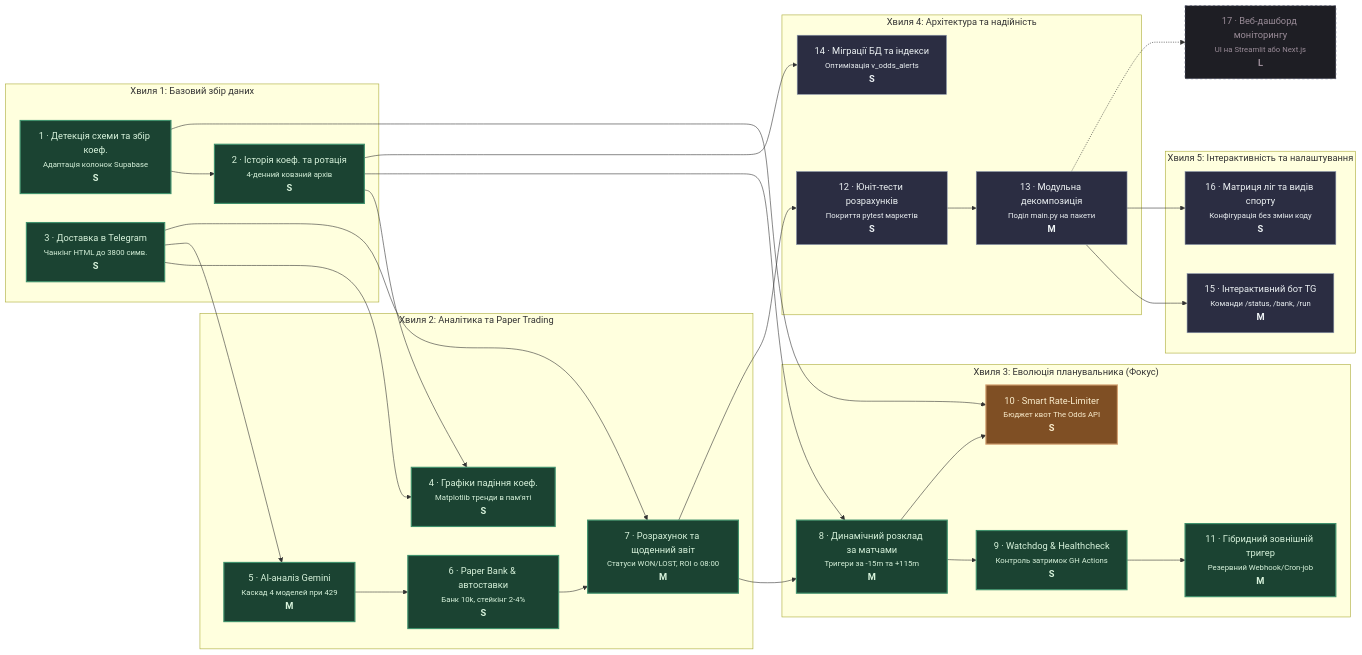
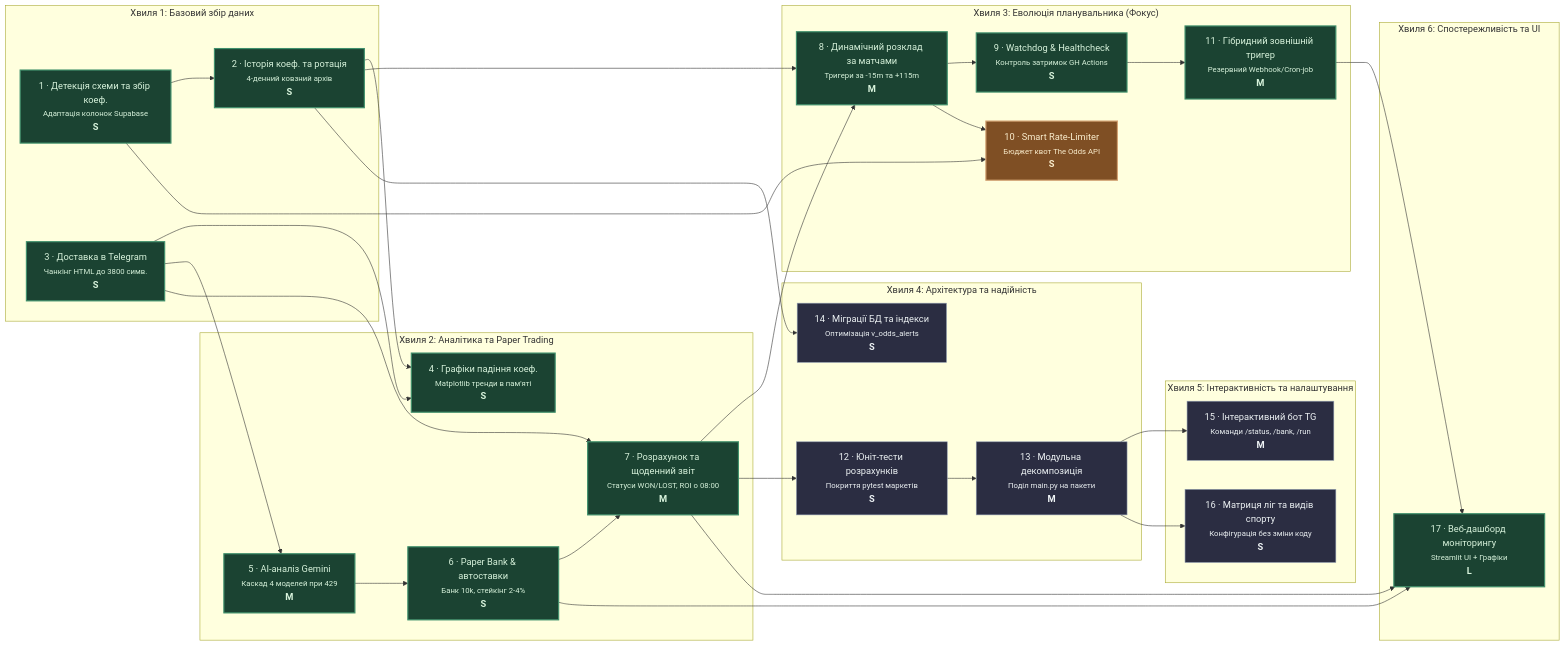
The diagram in docs/roadmap-diagram.md (vsymchak/StatMonitor), drawn with Mermaid before and after one commit. The commit also changed other lines of this file and 7 other files, not shown here.

````diff
--- a/docs/roadmap-diagram.md
+++ b/docs/roadmap-diagram.md
@@ -8,69 +8,73 @@
 ```mermaid
 flowchart LR
     classDef shipped fill:#1b4332,stroke:#40916c,color:#d8f3dc,stroke-width:2px;
     classDef in_progress fill:#7f4f24,stroke:#d4a373,color:#faedcd,stroke-width:2px;
     classDef idea fill:#2b2d42,stroke:#8d99ae,color:#edf2f4,stroke-width:1px;
     classDef fog fill:#1e1e24,stroke:#4a4e69,color:#9a8c98,stroke-width:1px,stroke-dasharray: 4 4;
 
     subgraph Wave1["Хвиля 1: Базовий збір даних"]
         1["1 · Детекція схеми та збір коеф.<br><small>Адаптація колонок Supabase</small><br><b>S</b>"]:::shipped
         2["2 · Історія коеф. та ротація<br><small>4-денний ковзний архів</small><br><b>S</b>"]:::shipped
         3["3 · Доставка в Telegram<br><small>Чанкінг HTML до 3800 симв.</small><br><b>S</b>"]:::shipped
     end
 
     subgraph Wave2["Хвиля 2: Аналітика та Paper Trading"]
         4["4 · Графіки падіння коеф.<br><small>Matplotlib тренди в пам'яті</small><br><b>S</b>"]:::shipped
         5["5 · AI-аналіз Gemini<br><small>Каскад 4 моделей при 429</small><br><b>M</b>"]:::shipped
         6["6 · Paper Bank & автоставки<br><small>Банк 10k, стейкінг 2-4%</small><br><b>S</b>"]:::shipped
         7["7 · Розрахунок та щоденний звіт<br><small>Статуси WON/LOST, ROI о 08:00</small><br><b>M</b>"]:::shipped
     end
 
     subgraph Wave3["Хвиля 3: Еволюція планувальника (Фокус)"]
         8["8 · Динамічний розклад за матчами<br><small>Тригери за -15m та +115m</small><br><b>M</b>"]:::shipped
         9["9 · Watchdog & Healthcheck<br><small>Контроль затримок GH Actions</small><br><b>S</b>"]:::shipped
         10["10 · Smart Rate-Limiter<br><small>Бюджет квот The Odds API</small><br><b>S</b>"]:::in_progress
         11["11 · Гібридний зовнішній тригер<br><small>Резервний Webhook/Cron-job</small><br><b>M</b>"]:::shipped
     end
 
     subgraph Wave4["Хвиля 4: Архітектура та надійність"]
         12["12 · Юніт-тести розрахунків<br><small>Покриття pytest маркетів</small><br><b>S</b>"]:::idea
         13["13 · Модульна декомпозиція<br><small>Поділ main.py на пакети</small><br><b>M</b>"]:::idea
         14["14 · Міграції БД та індекси<br><small>Оптимізація v_odds_alerts</small><br><b>S</b>"]:::idea
     end
 
     subgraph Wave5["Хвиля 5: Інтерактивність та налаштування"]
         15["15 · Інтерактивний бот TG<br><small>Команди /status, /bank, /run</small><br><b>M</b>"]:::idea
         16["16 · Матриця ліг та видів спорту<br><small>Конфігурація без зміни коду</small><br><b>S</b>"]:::idea
     end
 
-    17["17 · Веб-дашборд моніторингу<br><small>UI на Streamlit або Next.js</small><br><b>L</b>"]:::fog
+    subgraph Wave6["Хвиля 6: Спостережливість та UI"]
+        17["17 · Веб-дашборд моніторингу<br><small>Streamlit UI + Графіки</small><br><b>L</b>"]:::shipped
+    end
 
     %% Залежності Хвилі 1 і 2
     1 --> 2
     2 --> 4
     3 --> 4
     3 --> 5
     5 --> 6
     6 --> 7
     3 --> 7
 
     %% Залежності Хвилі 3 (Планувальник)
     2 --> 8
     7 --> 8
     8 --> 9
     1 --> 10
     8 --> 10
     9 --> 11
 
     %% Залежності Хвилі 4
     7 --> 12
     12 --> 13
     2 --> 14
 
     %% Залежності Хвилі 5
     13 --> 15
     13 --> 16
 
-    %% Fog
-    13 -.-> 17
+    %% Wave 6 connections
+    6 --> 17
+    7 --> 17
+    11 --> 17
 ```
````
